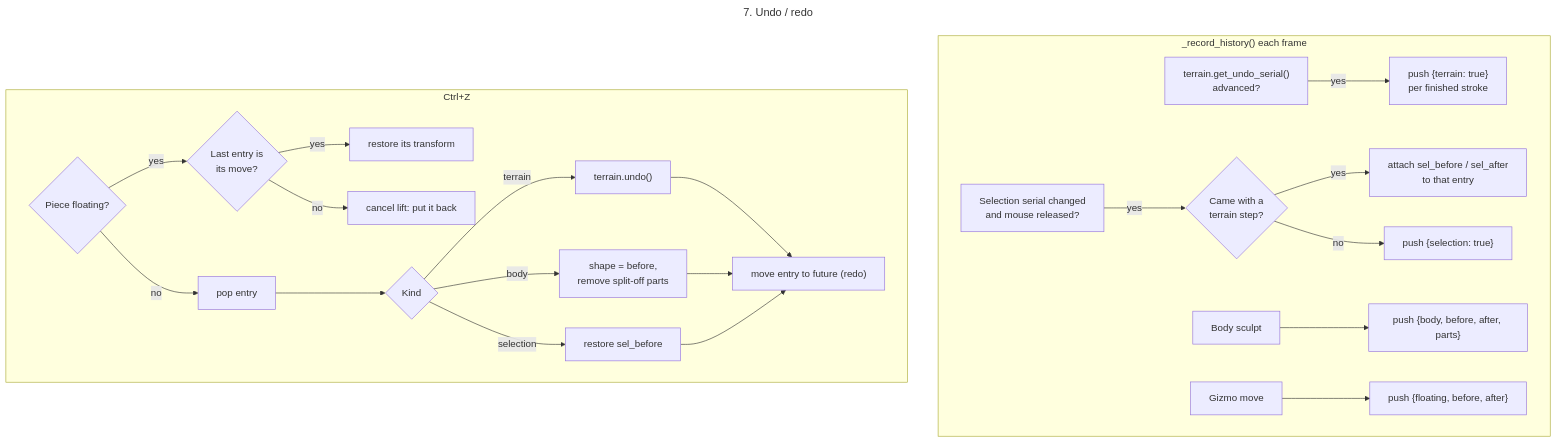
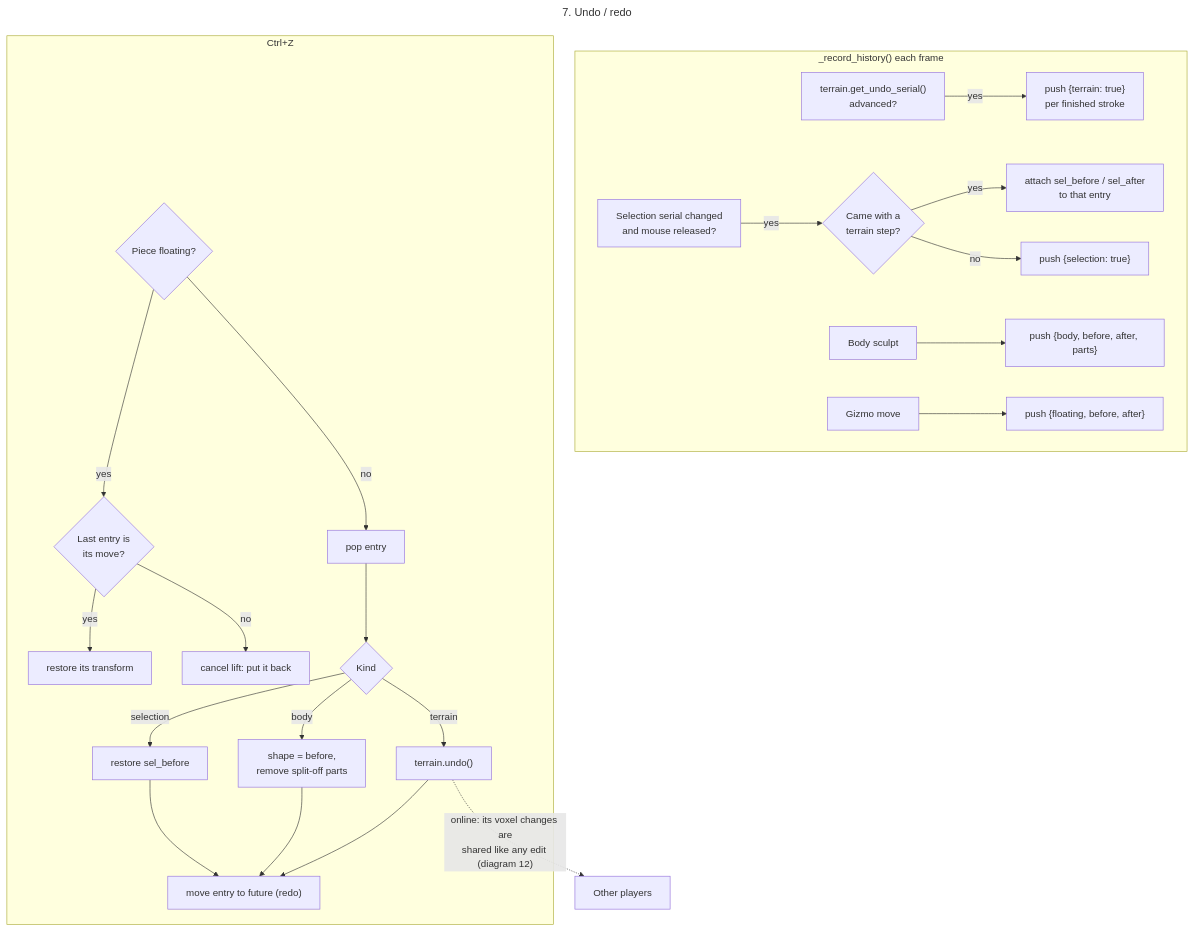
The diagram in diagrams/07-undo-redo.mmd (sampritchard03/wincraft), drawn with Mermaid before and after one commit. The commit also changed 10 other files, not shown here.

```diff
--- a/diagrams/07-undo-redo.mmd
+++ b/diagrams/07-undo-redo.mmd
@@ -1,24 +1,26 @@
 ---
 title: 7. Undo / redo
 ---
 flowchart TD
     subgraph Recording["_record_history() each frame"]
         A1["terrain.get_undo_serial()<br/>advanced?"] -- yes --> A2["push {terrain: true}<br/>per finished stroke"]
         A3["Selection serial changed<br/>and mouse released?"] -- yes --> A4{"Came with a<br/>terrain step?"}
         A4 -- yes --> A5["attach sel_before / sel_after<br/>to that entry"]
         A4 -- no --> A6["push {selection: true}"]
         A7["Body sculpt"] --> A8["push {body, before, after, parts}"]
         A9["Gizmo move"] --> A10["push {floating, before, after}"]
     end
 
     subgraph Undo["Ctrl+Z"]
         U0{"Piece floating?"} -- yes --> U1{"Last entry is<br/>its move?"}
         U1 -- yes --> U2["restore its transform"]
         U1 -- no --> U3["cancel lift: put it back"]
         U0 -- no --> U4["pop entry"]
         U4 --> U5{"Kind"}
         U5 -- terrain --> U6["terrain.undo()"]
         U5 -- body --> U7["shape = before,<br/>remove split-off parts"]
         U5 -- selection --> U8["restore sel_before"]
         U6 & U7 & U8 --> U9["move entry to future (redo)"]
     end
+
+    U6 -.->|"online: its voxel changes are<br/>shared like any edit (diagram 12)"| NET7["Other players"]
```
